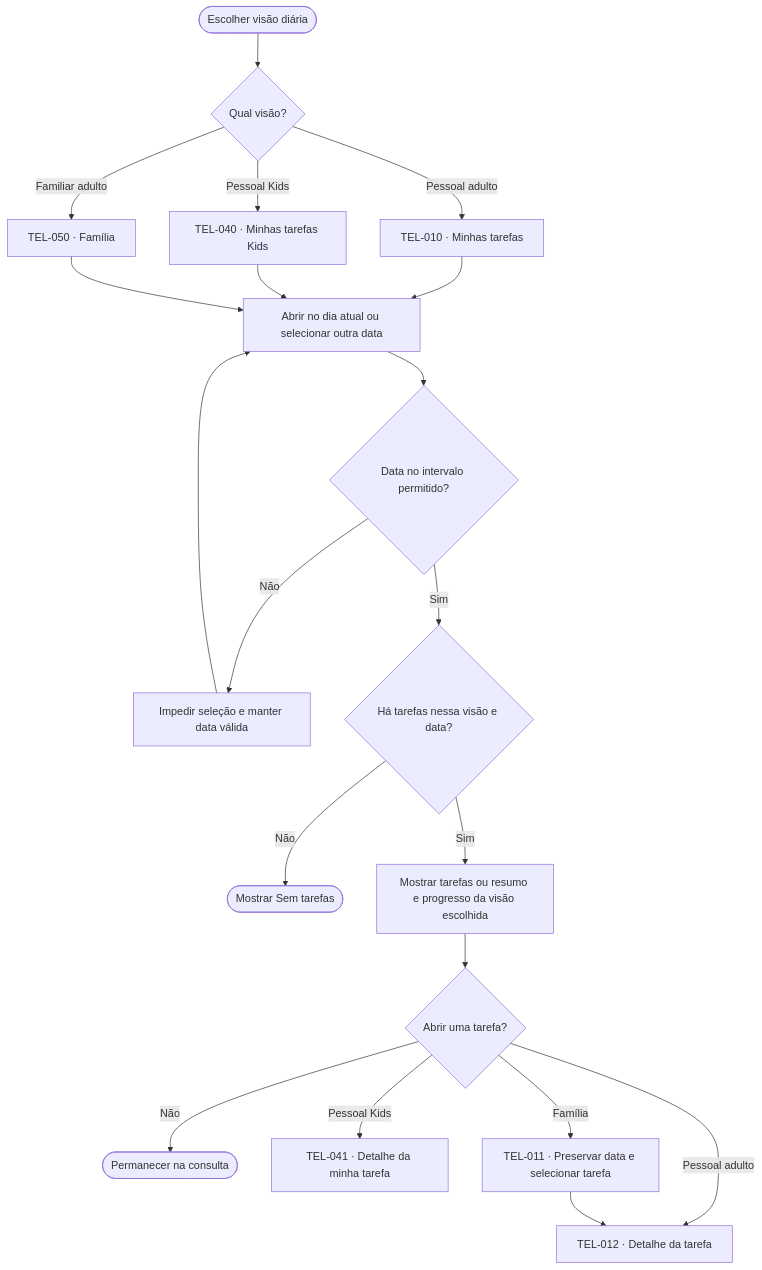
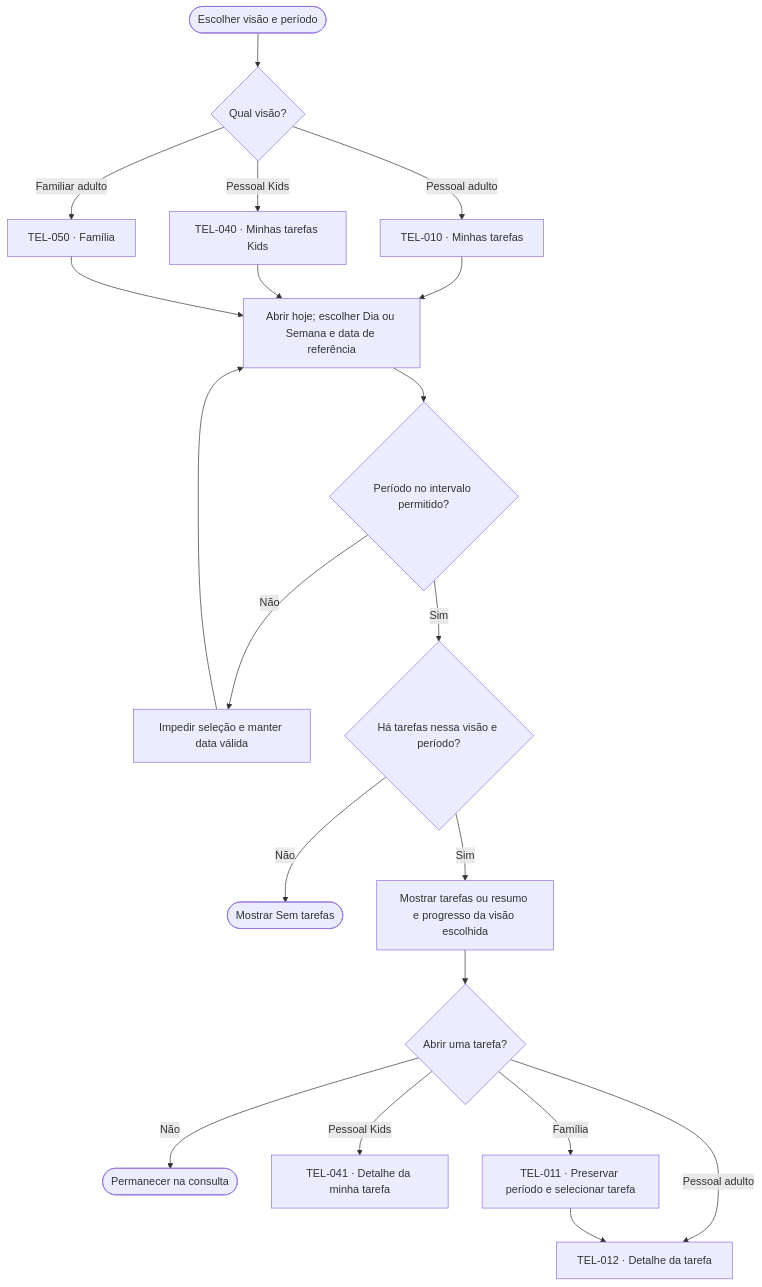
One commit to lizandramalta/App-Rotina-Familiar changed the fourth of 15 diagrams in docs/design/user-flows.md. Above: the diagram before and after it, drawn with Mermaid. The commit also changed other lines of this file and 21 other files, not shown here.

````diff
--- a/docs/design/user-flows.md
+++ b/docs/design/user-flows.md
@@ -154,22 +156,22 @@
 ```mermaid
 flowchart TD
-    A(["Escolher visão diária"]) --> B{"Qual visão?"}
+    A(["Escolher visão e período"]) --> B{"Qual visão?"}
     B -->|Pessoal adulto| C["TEL-010 · Minhas tarefas"]
     B -->|Pessoal Kids| D["TEL-040 · Minhas tarefas Kids"]
     B -->|Familiar adulto| E["TEL-050 · Família"]
-    C --> F["Abrir no dia atual ou selecionar outra data"]
+    C --> F["Abrir hoje; escolher Dia ou Semana e data de referência"]
     D --> F
     E --> F
-    F --> G{"Data no intervalo permitido?"}
+    F --> G{"Período no intervalo permitido?"}
     G -->|Não| H["Impedir seleção e manter data válida"]
     H --> F
-    G -->|Sim| I{"Há tarefas nessa visão e data?"}
+    G -->|Sim| I{"Há tarefas nessa visão e período?"}
     I -->|Não| J(["Mostrar Sem tarefas"])
     I -->|Sim| K["Mostrar tarefas ou resumo e progresso da visão escolhida"]
     K --> L{"Abrir uma tarefa?"}
     L -->|Não| M(["Permanecer na consulta"])
     L -->|Pessoal adulto| N["TEL-012 · Detalhe da tarefa"]
     L -->|Pessoal Kids| O["TEL-041 · Detalhe da minha tarefa"]
-    L -->|Família| P["TEL-011 · Preservar data e selecionar tarefa"]
+    L -->|Família| P["TEL-011 · Preservar período e selecionar tarefa"]
     P --> N
 ```
````
